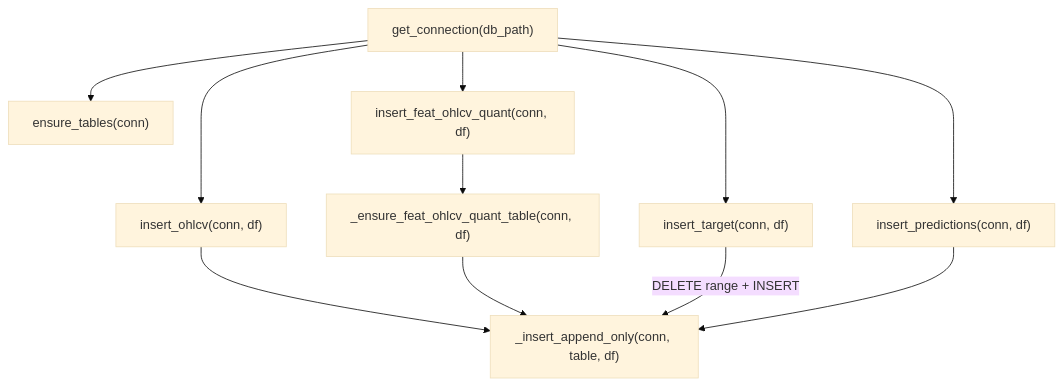
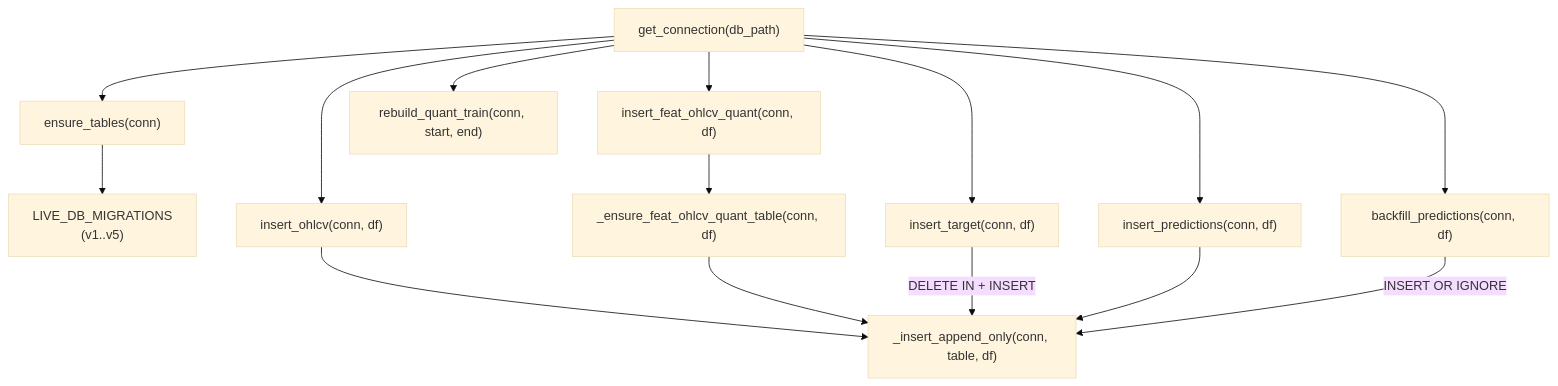
Before and after one commit to Nemesis14/chronoquant: the diagram in _doc_/database_and_code_doc/1110_duckdb_store.md, drawn with Mermaid (base theme). The commit also changed other lines of this file and 170 other files, not shown here.

````diff
--- a/_doc_/database_and_code_doc/1110_duckdb_store.md
+++ b/_doc_/database_and_code_doc/1110_duckdb_store.md
@@ -11,18 +11,23 @@
 ```mermaid
 flowchart TD
     GC["get_connection(db_path)"]
     ET["ensure_tables(conn)"]
+    MIG["LIVE_DB_MIGRATIONS\n(v1..v5)"]
     EFQ["_ensure_feat_ohlcv_quant_table(conn, df)"]
     IAO["_insert_append_only(conn, table, df)"]
     IO["insert_ohlcv(conn, df)"]
     IF["insert_feat_ohlcv_quant(conn, df)"]
     IT["insert_target(conn, df)"]
     IP["insert_predictions(conn, df)"]
+    BP["backfill_predictions(conn, df)"]
+    RQT["rebuild_quant_train(conn, start, end)"]
 
     GC --> ET
-    GC --> IO & IF & IT & IP
+    ET --> MIG
+    GC --> IO & IF & IT & IP & BP & RQT
     IO --> IAO
     IF --> EFQ --> IAO
-    IT --> |DELETE range + INSERT| IAO
+    IT --> |DELETE IN + INSERT| IAO
     IP --> IAO
+    BP --> |INSERT OR IGNORE| IAO
 ```
````
